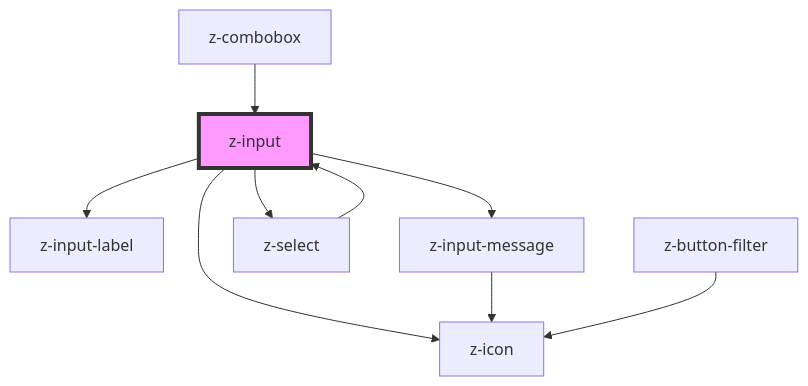
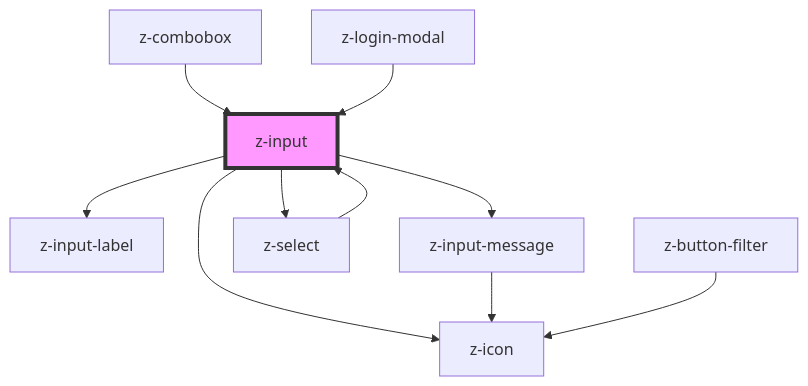
Before and after one commit to ZanichelliEditore/design-system: the diagram in src/components/inputs/z-input/readme.md, drawn with Mermaid. The commit also changed other lines of this file and 8 other files, not shown here.

Commit message:
feat: base z-login-modal

````diff
--- a/src/components/inputs/z-input/readme.md
+++ b/src/components/inputs/z-input/readme.md
@@ -209,12 +210,13 @@
 ```mermaid
 graph TD;
   z-input --> z-input-label
   z-input --> z-icon
   z-input --> z-input-message
   z-input --> z-select
   z-input-message --> z-icon
   z-select --> z-input
   z-button-filter --> z-icon
   z-combobox --> z-input
+  z-login-modal --> z-input
   style z-input fill:#f9f,stroke:#333,stroke-width:4px
 ```
````
